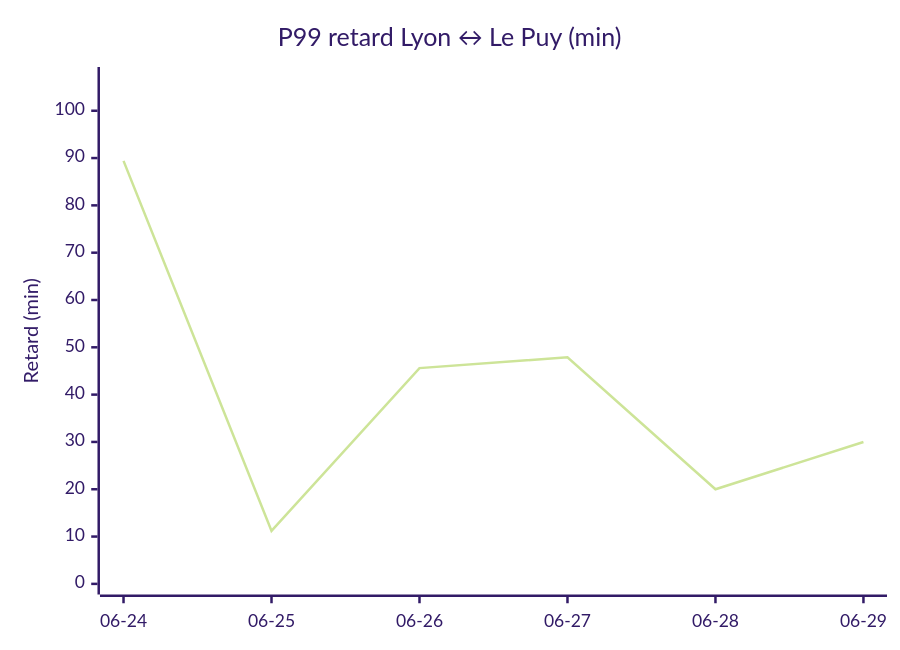
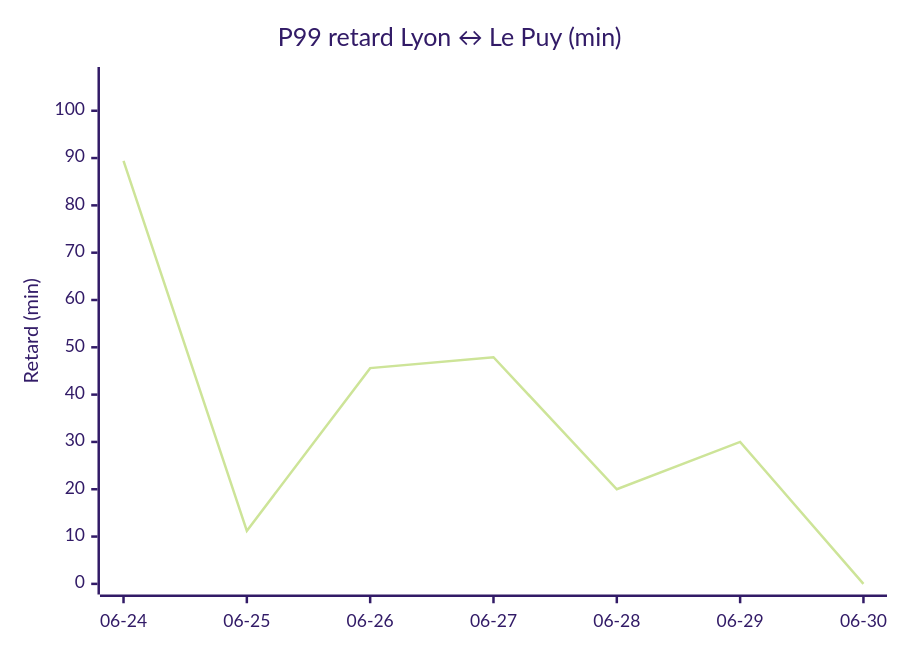
Before and after one commit to antoinerep/horaire-ter: the fourth of 4 diagrams in STATS.md, drawn with Mermaid (forest theme). The commit also changed other lines of this file and 1 other file, not shown here.

````diff
--- a/STATS.md
+++ b/STATS.md
@@ -88,7 +89,7 @@
 ```mermaid
 xychart-beta
     title "P99 retard Lyon ↔ Le Puy (min)"
-    x-axis ["06-24", "06-25", "06-26", "06-27", "06-28", "06-29"]
+    x-axis ["06-24", "06-25", "06-26", "06-27", "06-28", "06-29", "06-30"]
     y-axis "Retard (min)" 0 --> 107
-    line [89.4, 11.2, 45.6, 47.9, 20.0, 30.0]
+    line [89.4, 11.2, 45.6, 47.9, 20.0, 30.0, 0.0]
 ```
````
